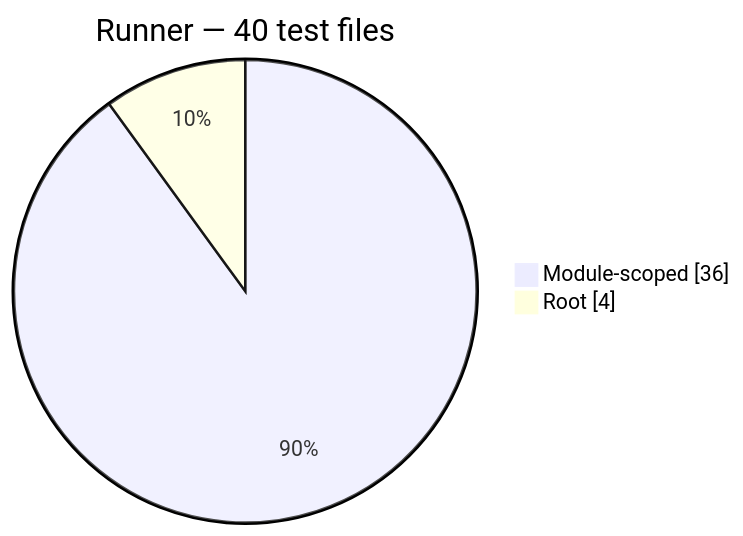
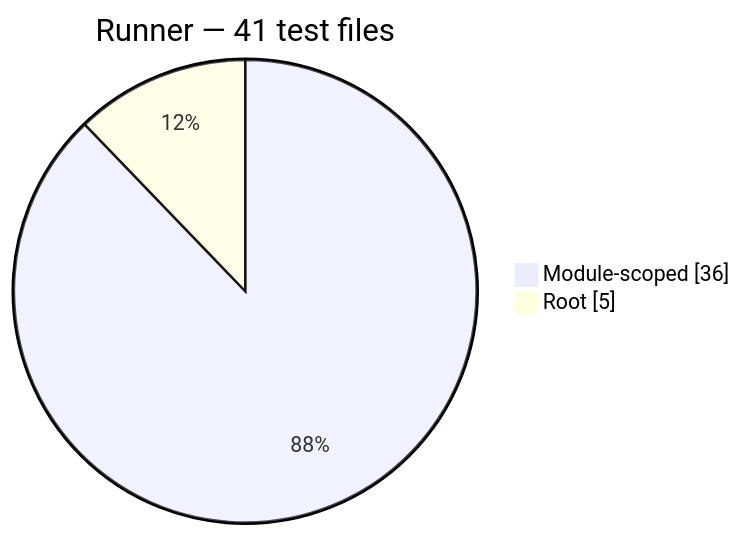
The tenth of 13 diagrams in docs/generated/test-composition.md (Mohammed-Alama/php-arazzo), drawn with Mermaid before and after one commit. The commit also changed other lines of this file and 12 other files, not shown here.

````diff
--- a/docs/generated/test-composition.md
+++ b/docs/generated/test-composition.md
@@ -136,6 +136,6 @@
 ```mermaid
 pie showData
-    title Runner — 40 test files
+    title Runner — 41 test files
     "Module-scoped": 36
-    "Root": 4
+    "Root": 5
 ```
````
